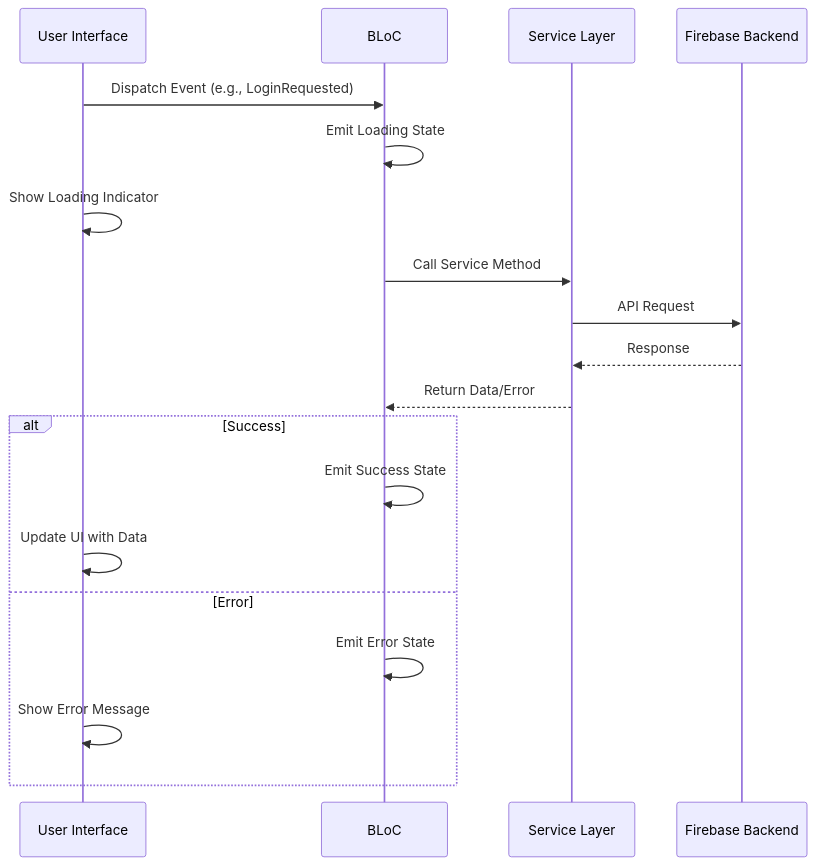
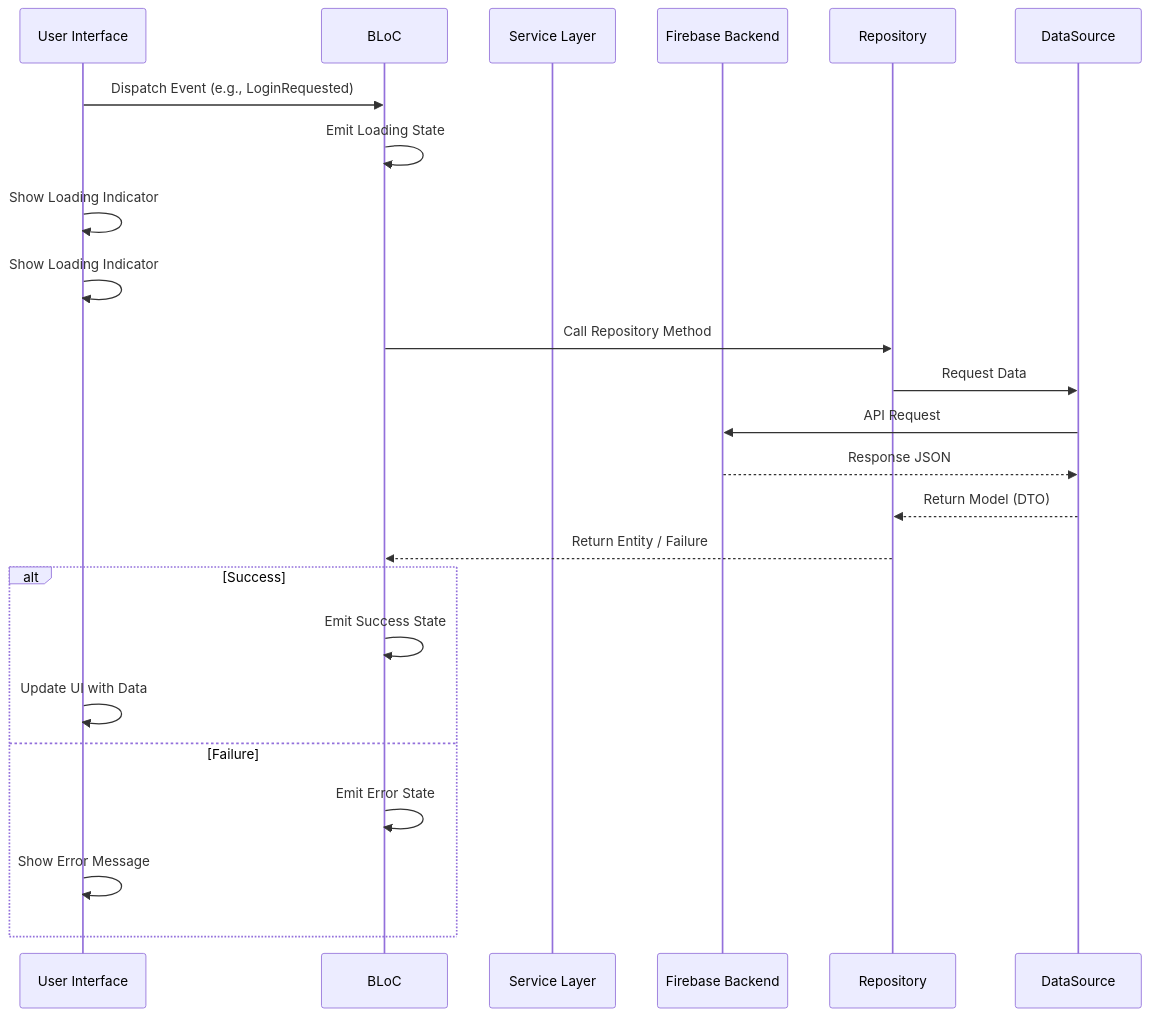
The second of 4 diagrams in ARCHITECTURE.md (HassanHafez92/home_repair_app), drawn with Mermaid before and after one commit. The commit also changed other lines of this file and 75 other files, not shown here.

````diff
--- a/ARCHITECTURE.md
+++ b/ARCHITECTURE.md
@@ -117,22 +123,25 @@
 ```mermaid
 sequenceDiagram
     participant UI as User Interface
     participant BLoC as BLoC
     participant Service as Service Layer
     participant Firebase as Firebase Backend
     
     UI->>BLoC: Dispatch Event (e.g., LoginRequested)
     BLoC->>BLoC: Emit Loading State
     UI->>UI: Show Loading Indicator
-    BLoC->>Service: Call Service Method
-    Service->>Firebase: API Request
-    Firebase-->>Service: Response
-    Service-->>BLoC: Return Data/Error
+    UI->>UI: Show Loading Indicator
+    BLoC->>Repository: Call Repository Method
+    Repository->>DataSource: Request Data
+    DataSource->>Firebase: API Request
+    Firebase-->>DataSource: Response JSON
+    DataSource-->>Repository: Return Model (DTO)
+    Repository-->>BLoC: Return Entity / Failure
     alt Success
         BLoC->>BLoC: Emit Success State
         UI->>UI: Update UI with Data
-    else Error
+    else Failure
         BLoC->>BLoC: Emit Error State
         UI->>UI: Show Error Message
     end
 ```
````
